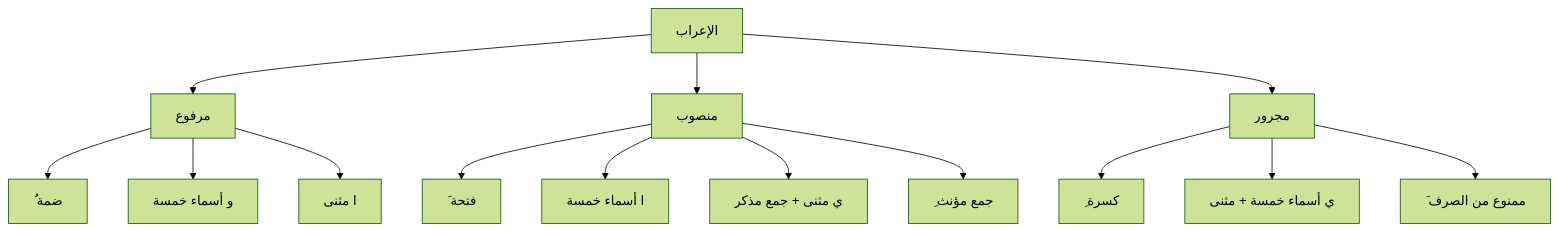
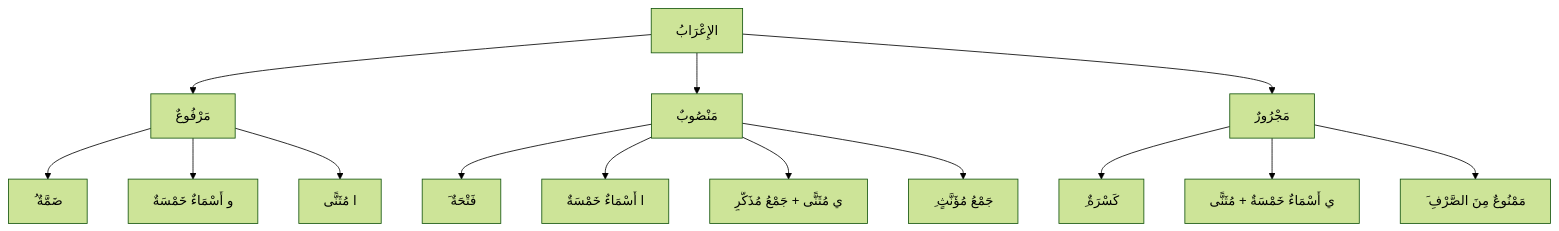
The second of 2 diagrams in content/Revision - Grammaire Arabe.md (ClaudeMKA/obsidian-arabe), drawn with Mermaid (forest theme) before and after one commit. The commit also changed other lines of this file and 27 other files, not shown here.

````diff
--- a/content/Revision - Grammaire Arabe.md
+++ b/content/Revision - Grammaire Arabe.md
@@ -31,16 +31,16 @@
 ```mermaid
 flowchart TD
-    A["الإعراب"] --> B["مرفوع"]
-    A --> C["منصوب"]
-    A --> D["مجرور"]
-    B --> B1["ُ ضمة"]
-    B --> B2["و أسماء خمسة"]
-    B --> B3["ا مثنى"]
-    C --> C1["َ فتحة"]
-    C --> C2["ا أسماء خمسة"]
-    C --> C3["ي مثنى + جمع مذكر"]
-    C --> C4["ِ جمع مؤنث"]
-    D --> D1["ِ كسرة"]
-    D --> D2["ي أسماء خمسة + مثنى"]
-    D --> D3["َ ممنوع من الصرف"]
+    A["الإِعْرَابُ"] --> B["مَرْفُوعٌ"]
+    A --> C["مَنْصُوبٌ"]
+    A --> D["مَجْرُورٌ"]
+    B --> B1["ُ ضَمَّةٌ"]
+    B --> B2["و أَسْمَاءٌ خَمْسَةٌ"]
+    B --> B3["ا مُثَنًّى"]
+    C --> C1["َ فَتْحَةٌ"]
+    C --> C2["ا أَسْمَاءٌ خَمْسَةٌ"]
+    C --> C3["ي مُثَنًّى + جَمْعُ مُذَكَّرٍ"]
+    C --> C4["ِ جَمْعُ مُؤَنَّثٍ"]
+    D --> D1["ِ كَسْرَةٌ"]
+    D --> D2["ي أَسْمَاءٌ خَمْسَةٌ + مُثَنًّى"]
+    D --> D3["َ مَمْنُوعٌ مِنَ الصَّرْفِ"]
 ```
````
